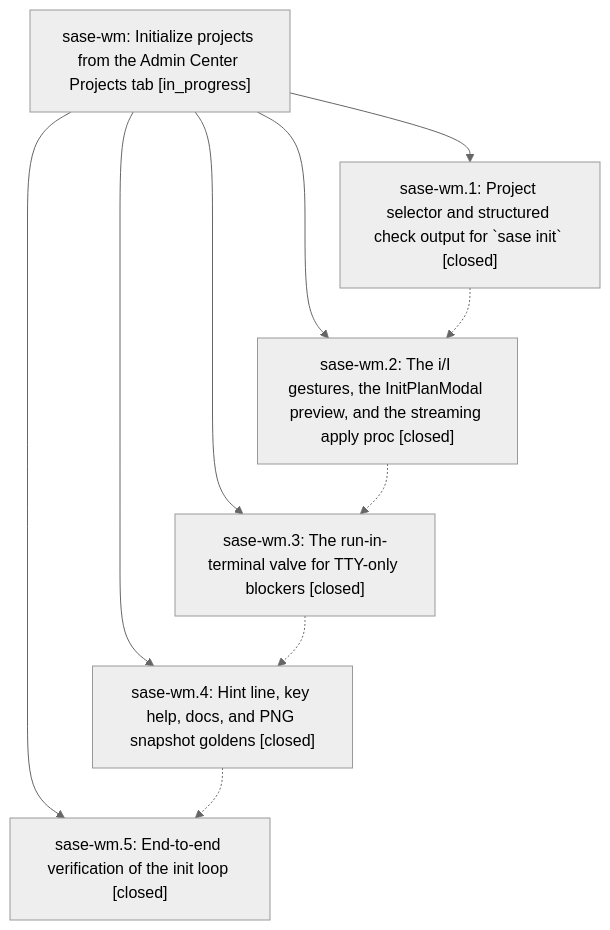
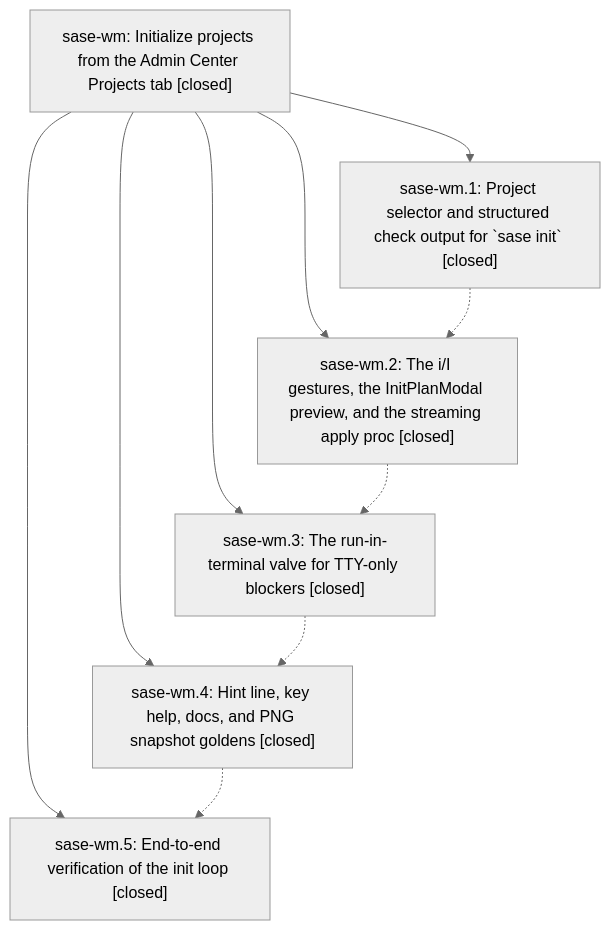
One commit to sase-org/sase--beads changed the diagram in pages/sase-wm/README.md. Above: the diagram before and after it, drawn with Mermaid (neutral theme). The commit also changed other lines of this file, not shown here.

First line of the commit message:
chore(beads): sync bead state and pages for sase-wm

````diff
--- a/pages/sase-wm/README.md
+++ b/pages/sase-wm/README.md
@@ -38,18 +42,18 @@
 ```mermaid
 flowchart TD
-    n0["sase-wm: Initialize projects from the Admin Center Projects tab [in_progress]"]
+    n0["sase-wm: Initialize projects from the Admin Center Projects tab [closed]"]
     n1["sase-wm.1: Project selector and structured check output for `sase init` [closed]"]
     n2["sase-wm.2: The i/I gestures, the InitPlanModal preview, and the streaming apply proc [closed]"]
     n3["sase-wm.3: The run-in-terminal valve for TTY-only blockers [closed]"]
     n4["sase-wm.4: Hint line, key help, docs, and PNG snapshot goldens [closed]"]
     n5["sase-wm.5: End-to-end verification of the init loop [closed]"]
     n0 --> n1
     n0 --> n2
     n0 --> n3
     n0 --> n4
     n0 --> n5
     n1 -.-> n2
     n2 -.-> n3
     n3 -.-> n4
     n4 -.-> n5
 ```
````
